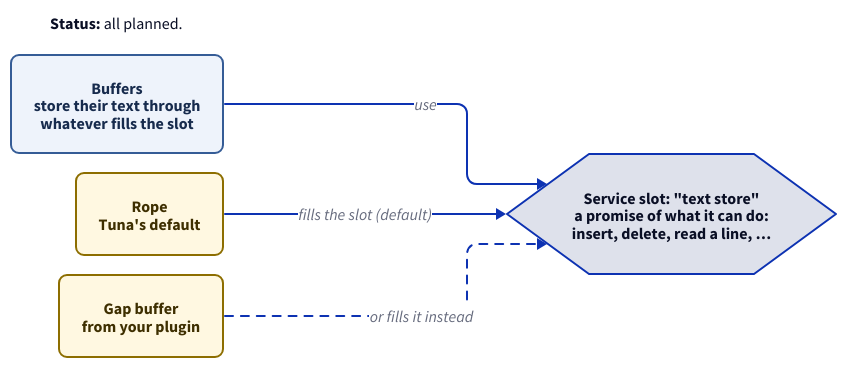
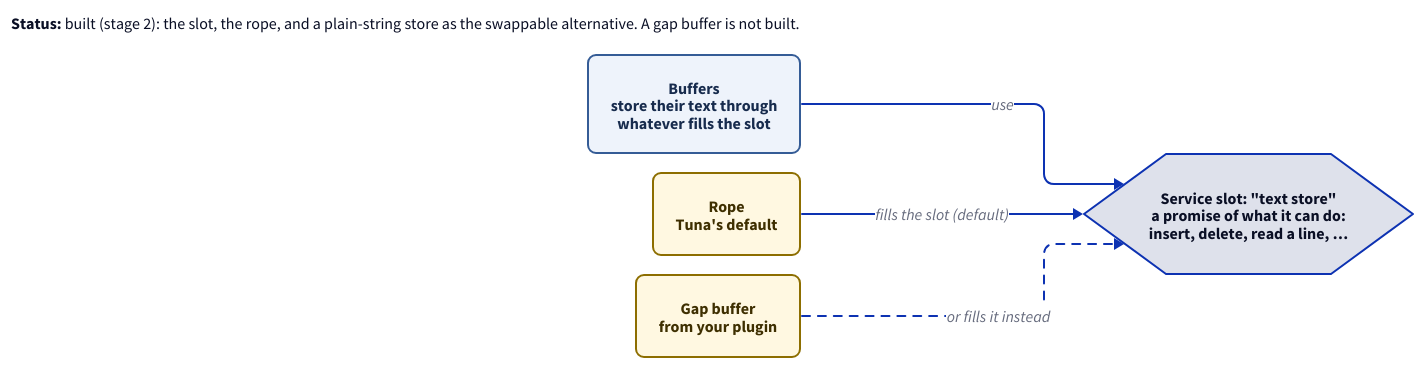
Before and after one commit to jaybonthius/tuna: the diagram in docs/diagrams/services.d2, drawn with D2. The commit also changed 6 other files, not shown here.

```diff
--- a/docs/diagrams/services.d2
+++ b/docs/diagrams/services.d2
@@ -1,43 +1,44 @@
 # How can you swap out a part of Tuna, such as the text data structure?
 vars: {
   d2-config: {
     layout-engine: elk
     theme-id: 0
   }
 }
 direction: right
 
 classes: {
   part: {
     style: {
       fill: "#eef3fb"
       stroke: "#355c96"
       font-color: "#172b4d"
       border-radius: 8
     }
   }
   option: {
     style: {
       fill: "#fff8e1"
       stroke: "#8d6e00"
       font-color: "#3e2f00"
       border-radius: 8
     }
   }
 }
 
 legend: |md
-  **Status:** all planned.
+  **Status:** built (stage 2): the slot, the rope, and a plain-string store as the swappable alternative.
+  A gap buffer is not built.
 |
 
 buffers: Buffers\nstore their text through\nwhatever fills the slot {class: part}
 slot: Service slot: "text store"\na promise of what it can do:\ninsert, delete, read a line, … {shape: hexagon}
 
 rope: Rope\nTuna's default {class: option}
 gap: Gap buffer\nfrom your plugin {class: option}
 
 buffers -> slot: use
 rope -> slot: fills the slot (default)
 gap -> slot: or fills it instead {
   style.stroke-dash: 4
 }
```
